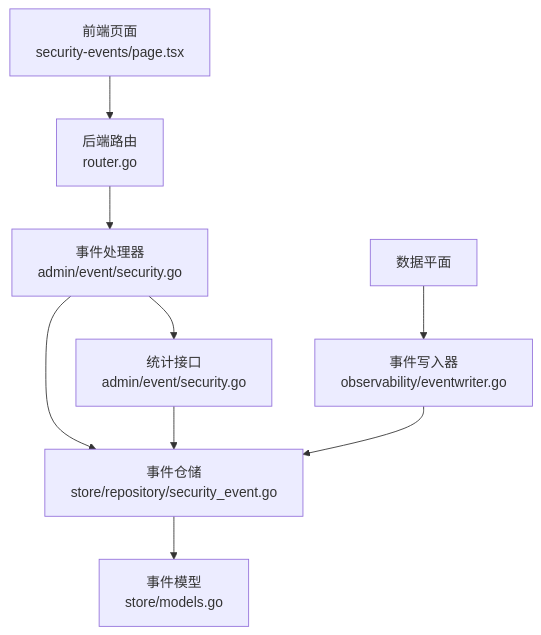
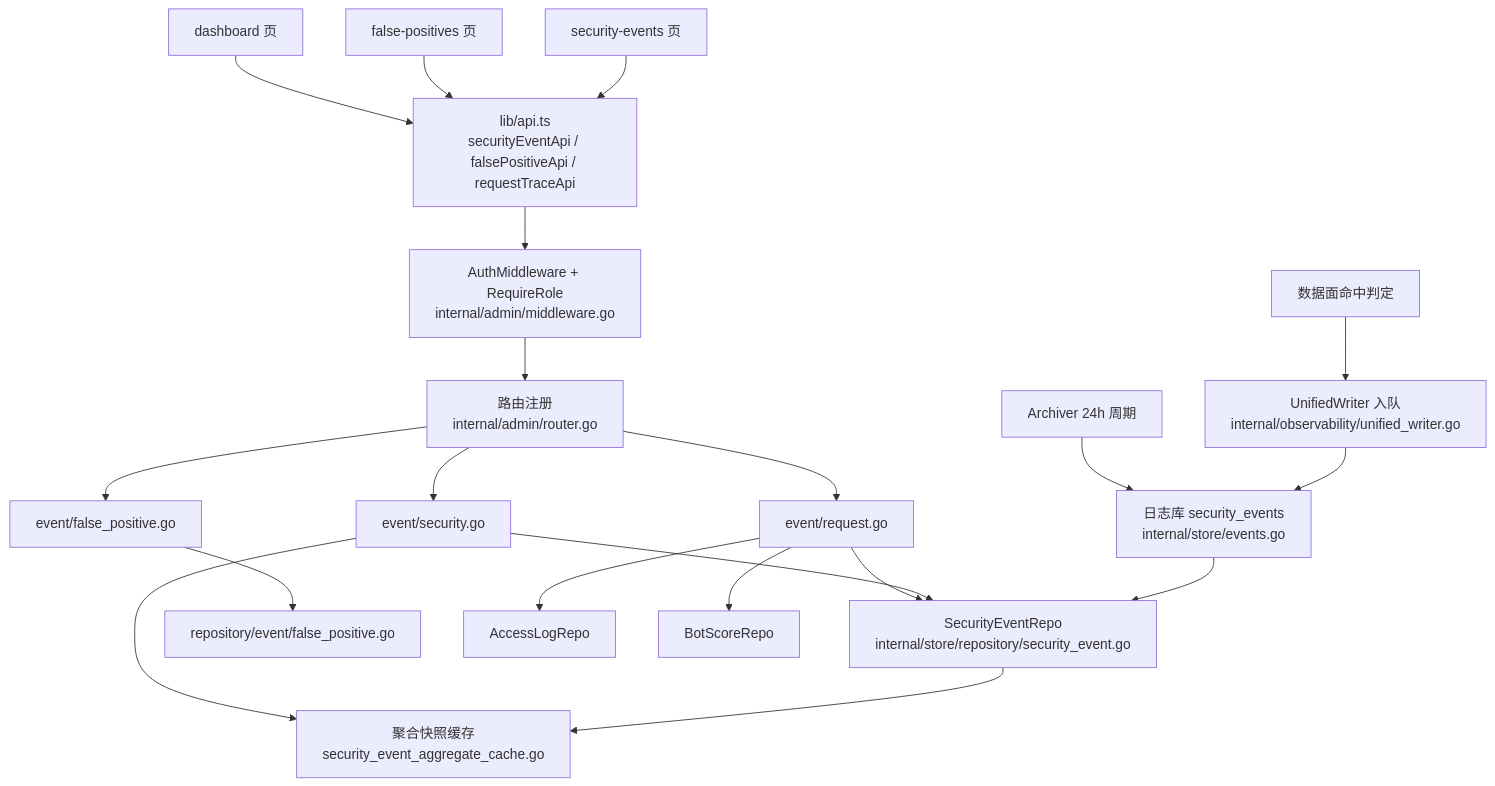
One commit to x01n/My-OpenWaf changed the first of 6 diagrams in docs/管理 API 系统/安全事件 API.md. Above: the diagram before and after it, drawn with Mermaid. The commit also changed other lines of this file and 622 other files, not shown here.

````diff
--- a/docs/管理 API 系统/安全事件 API.md
+++ b/docs/管理 API 系统/安全事件 API.md
@@ -34,11 +75,22 @@
 ```mermaid
 graph TB
-FE["前端页面<br/>security-events/page.tsx"] --> API["后端路由<br/>router.go"]
-API --> Handler["事件处理器<br/>admin/event/security.go"]
-Handler --> Repo["事件仓储<br/>store/repository/security_event.go"]
-Repo --> Model["事件模型<br/>store/models.go"]
-Handler --> Stats["统计接口<br/>admin/event/security.go"]
-Stats --> Repo
-DP["数据平面"] --> EW["事件写入器<br/>observability/eventwriter.go"]
-EW --> Repo
+DP["数据面命中判定"] --> W["UnifiedWriter 入队<br/>internal/observability/unified_writer.go"]
+W --> DB["日志库 security_events<br/>internal/store/events.go"]
+DB --> REPO["SecurityEventRepo<br/>internal/store/repository/security_event.go"]
+REPO --> CACHE["聚合快照缓存<br/>security_event_aggregate_cache.go"]
+RT["路由注册<br/>internal/admin/router.go"] --> SEC["event/security.go"]
+RT --> FP["event/false_positive.go"]
+RT --> TR["event/request.go"]
+SEC --> REPO
+SEC --> CACHE
+FP --> FPREPO["repository/event/false_positive.go"]
+TR --> REPO
+TR --> AL["AccessLogRepo"]
+TR --> BS["BotScoreRepo"]
+FE1["security-events 页"] --> API["lib/api.ts<br/>securityEventApi / falsePositiveApi / requestTraceApi"]
+FE2["false-positives 页"] --> API
+FE3["dashboard 页"] --> API
+API --> MW["AuthMiddleware + RequireRole<br/>internal/admin/middleware.go"]
+MW --> RT
+ARC["Archiver 24h 周期"] --> DB
 ```
````
